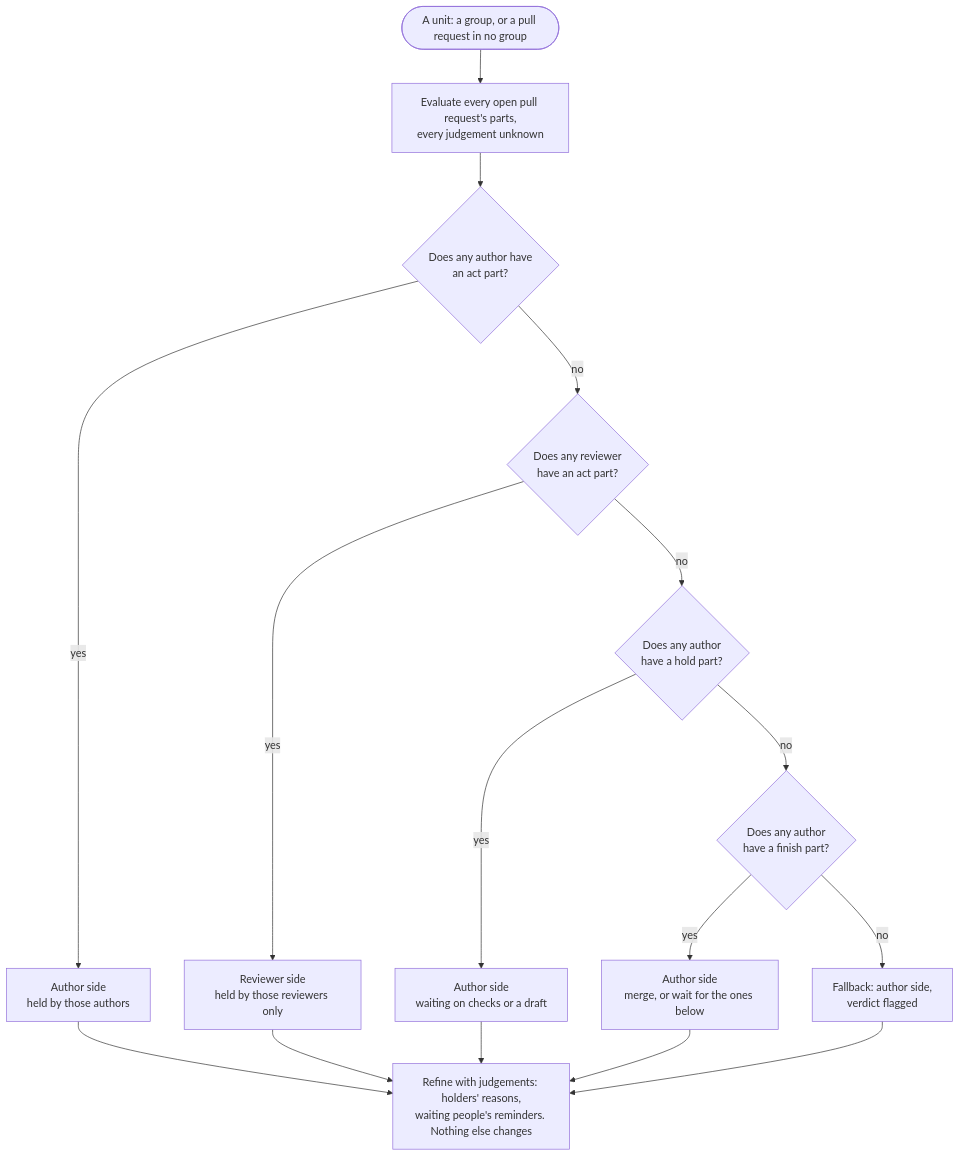
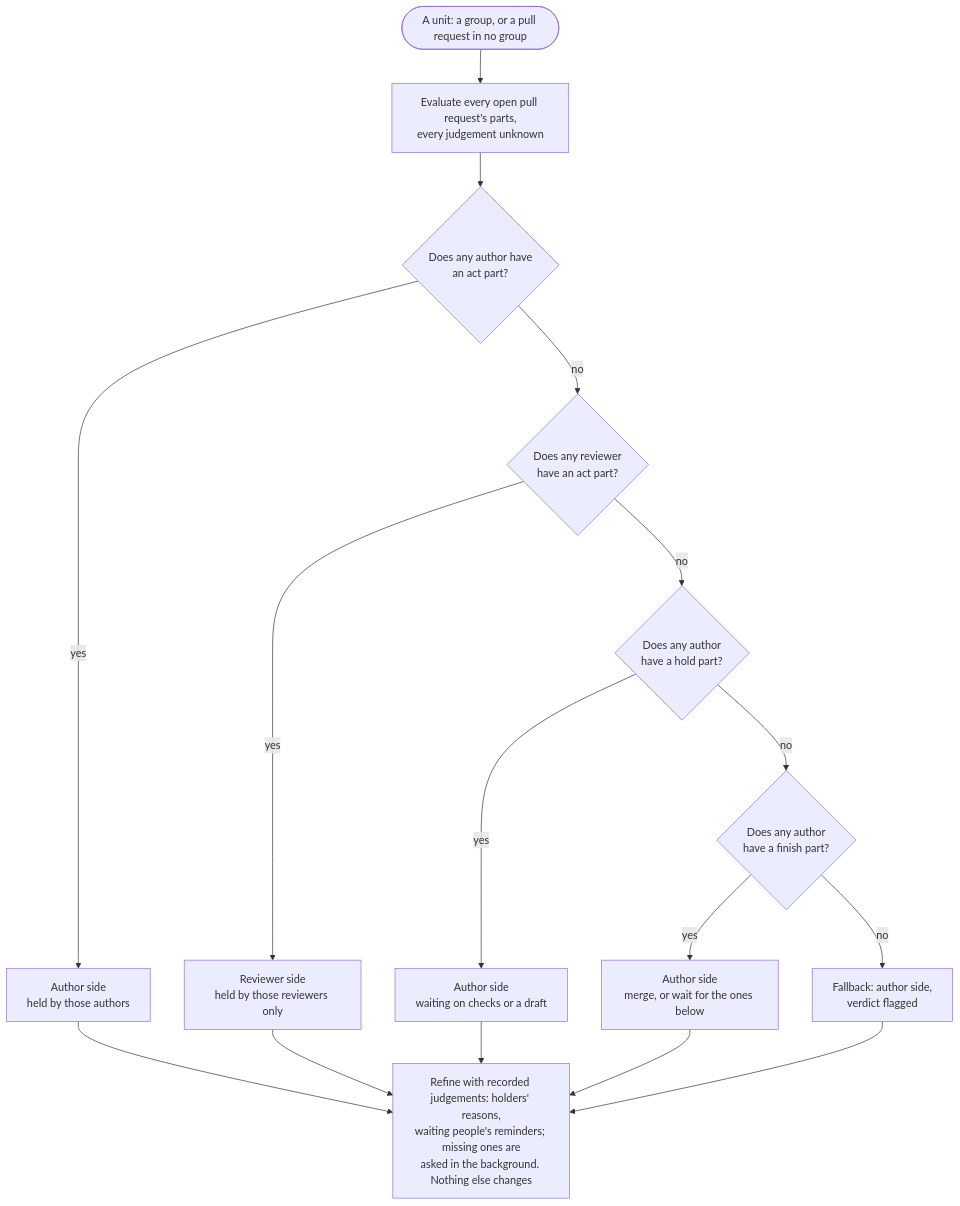
The second of 2 diagrams in docs/design/04-verdicts.md (NickWilde18/Park), drawn with Mermaid before and after one commit. The commit also changed other lines of this file and 7 other files, not shown here.

First line of the commit message:
docs: model only suggests groups, judgements run in the background, phases

````diff
--- a/docs/design/04-verdicts.md
+++ b/docs/design/04-verdicts.md
@@ -69,18 +69,18 @@
 ```mermaid
 flowchart TD
     U(["A unit: a group, or a pull request in no group"]) --> P["Evaluate every open pull request's parts,<br/>every judgement unknown"]
     P --> Q1{"Does any author have<br/>an act part?"}
     Q1 -->|yes| AS["Author side<br/>held by those authors"]
     Q1 -->|no| Q2{"Does any reviewer<br/>have an act part?"}
     Q2 -->|yes| RS["Reviewer side<br/>held by those reviewers only"]
     Q2 -->|no| Q3{"Does any author<br/>have a hold part?"}
     Q3 -->|yes| HS["Author side<br/>waiting on checks or a draft"]
     Q3 -->|no| Q4{"Does any author<br/>have a finish part?"}
     Q4 -->|yes| MS["Author side<br/>merge, or wait for the ones below"]
     Q4 -->|no| FB["Fallback: author side,<br/>verdict flagged"]
-    AS --> REF["Refine with judgements: holders' reasons,<br/>waiting people's reminders. Nothing else changes"]
+    AS --> REF["Refine with recorded judgements: holders' reasons,<br/>waiting people's reminders; missing ones are<br/>asked in the background. Nothing else changes"]
     RS --> REF
     HS --> REF
     MS --> REF
     FB --> REF
 ```
````
